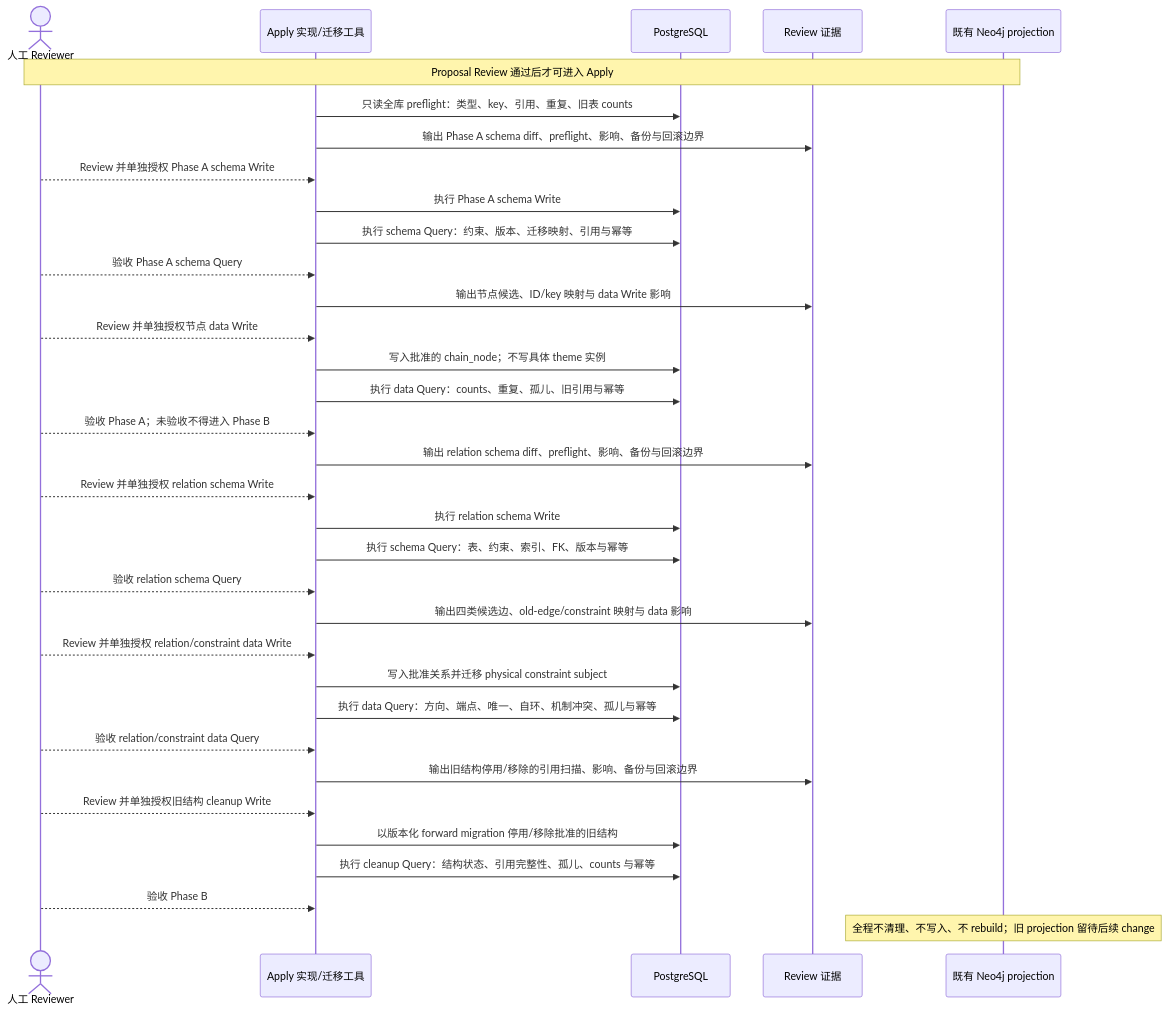
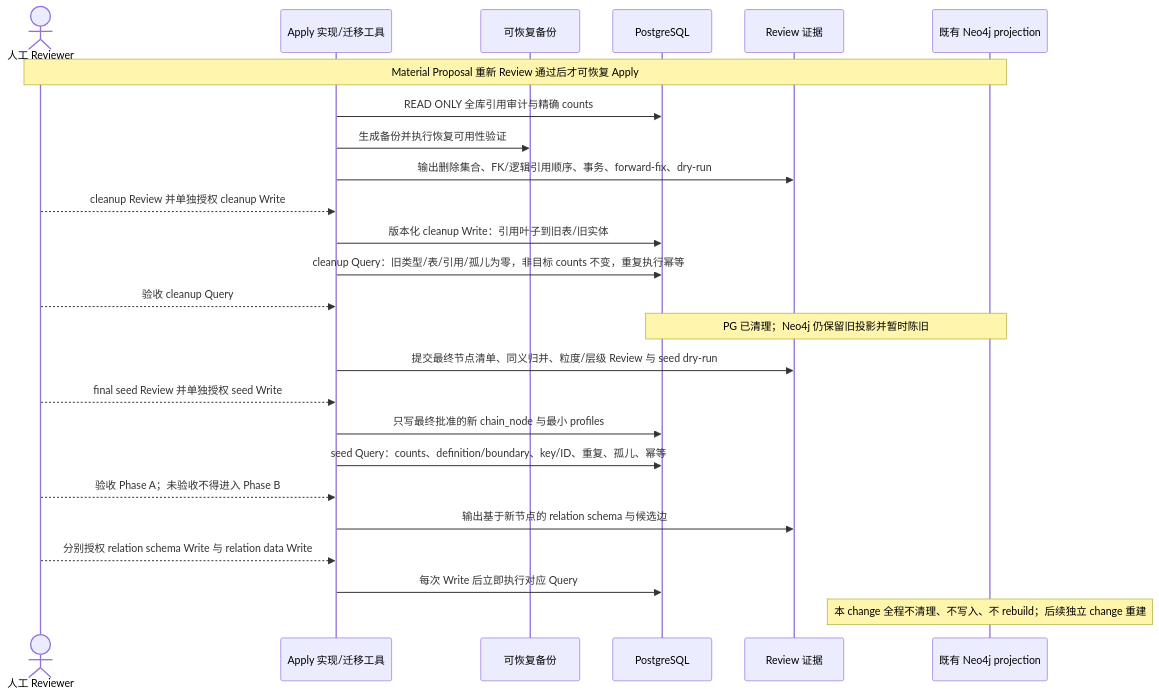
Before and after one commit to meierlink88/tidewise-ai: the second of 2 diagrams in openspec/changes/refactor-industry-chain-node-foundation/design.md, drawn with Mermaid. The commit also changed other lines of this file and 9 other files, not shown here.

Commit message:
spec: update industry chain cleanup proposal

````diff
--- a/openspec/changes/refactor-industry-chain-node-foundation/design.md
+++ b/openspec/changes/refactor-industry-chain-node-foundation/design.md
@@ -174,37 +169,28 @@
 ```mermaid
 sequenceDiagram
     actor Reviewer as 人工 Reviewer
     participant Apply as Apply 实现/迁移工具
+    participant Backup as 可恢复备份
     participant PG as PostgreSQL
     participant Evidence as Review 证据
     participant Neo4j as 既有 Neo4j projection
 
-    Note over Reviewer,Neo4j: Proposal Review 通过后才可进入 Apply
-    Apply->>PG: 只读全库 preflight：类型、key、引用、重复、旧表 counts
-    Apply->>Evidence: 输出 Phase A schema diff、preflight、影响、备份与回滚边界
-    Reviewer-->>Apply: Review 并单独授权 Phase A schema Write
-    Apply->>PG: 执行 Phase A schema Write
-    Apply->>PG: 执行 schema Query：约束、版本、迁移映射、引用与幂等
-    Reviewer-->>Apply: 验收 Phase A schema Query
-    Apply->>Evidence: 输出节点候选、ID/key 映射与 data Write 影响
-    Reviewer-->>Apply: Review 并单独授权节点 data Write
-    Apply->>PG: 写入批准的 chain_node；不写具体 theme 实例
-    Apply->>PG: 执行 data Query：counts、重复、孤儿、旧引用与幂等
+    Note over Reviewer,Neo4j: Material Proposal 重新 Review 通过后才可恢复 Apply
+    Apply->>PG: READ ONLY 全库引用审计与精确 counts
+    Apply->>Backup: 生成备份并执行恢复可用性验证
+    Apply->>Evidence: 输出删除集合、FK/逻辑引用顺序、事务、forward-fix、dry-run
+    Reviewer-->>Apply: cleanup Review 并单独授权 cleanup Write
+    Apply->>PG: 版本化 cleanup Write：引用叶子到旧表/旧实体
+    Apply->>PG: cleanup Query：旧类型/表/引用/孤儿为零，非目标 counts 不变，重复执行幂等
+    Reviewer-->>Apply: 验收 cleanup Query
+    Note over PG,Neo4j: PG 已清理；Neo4j 仍保留旧投影并暂时陈旧
+    Apply->>Evidence: 提交最终节点清单、同义归并、粒度/层级 Review 与 seed dry-run
+    Reviewer-->>Apply: final seed Review 并单独授权 seed Write
+    Apply->>PG: 只写最终批准的新 chain_node 与最小 profiles
+    Apply->>PG: seed Query：counts、definition/boundary、key/ID、重复、孤儿、幂等
     Reviewer-->>Apply: 验收 Phase A；未验收不得进入 Phase B
-    Apply->>Evidence: 输出 relation schema diff、preflight、影响、备份与回滚边界
-    Reviewer-->>Apply: Review 并单独授权 relation schema Write
-    Apply->>PG: 执行 relation schema Write
-    Apply->>PG: 执行 schema Query：表、约束、索引、FK、版本与幂等
-    Reviewer-->>Apply: 验收 relation schema Query
-    Apply->>Evidence: 输出四类候选边、old-edge/constraint 映射与 data 影响
-    Reviewer-->>Apply: Review 并单独授权 relation/constraint data Write
-    Apply->>PG: 写入批准关系并迁移 physical constraint subject
-    Apply->>PG: 执行 data Query：方向、端点、唯一、自环、机制冲突、孤儿与幂等
-    Reviewer-->>Apply: 验收 relation/constraint data Query
-    Apply->>Evidence: 输出旧结构停用/移除的引用扫描、影响、备份与回滚边界
-    Reviewer-->>Apply: Review 并单独授权旧结构 cleanup Write
-    Apply->>PG: 以版本化 forward migration 停用/移除批准的旧结构
-    Apply->>PG: 执行 cleanup Query：结构状态、引用完整性、孤儿、counts 与幂等
-    Reviewer-->>Apply: 验收 Phase B
-    Note over Neo4j: 全程不清理、不写入、不 rebuild；旧 projection 留待后续 change
+    Apply->>Evidence: 输出基于新节点的 relation schema 与候选边
+    Reviewer-->>Apply: 分别授权 relation schema Write 与 relation data Write
+    Apply->>PG: 每次 Write 后立即执行对应 Query
+    Note over Neo4j: 本 change 全程不清理、不写入、不 rebuild；后续独立 change 重建
 ```
````
